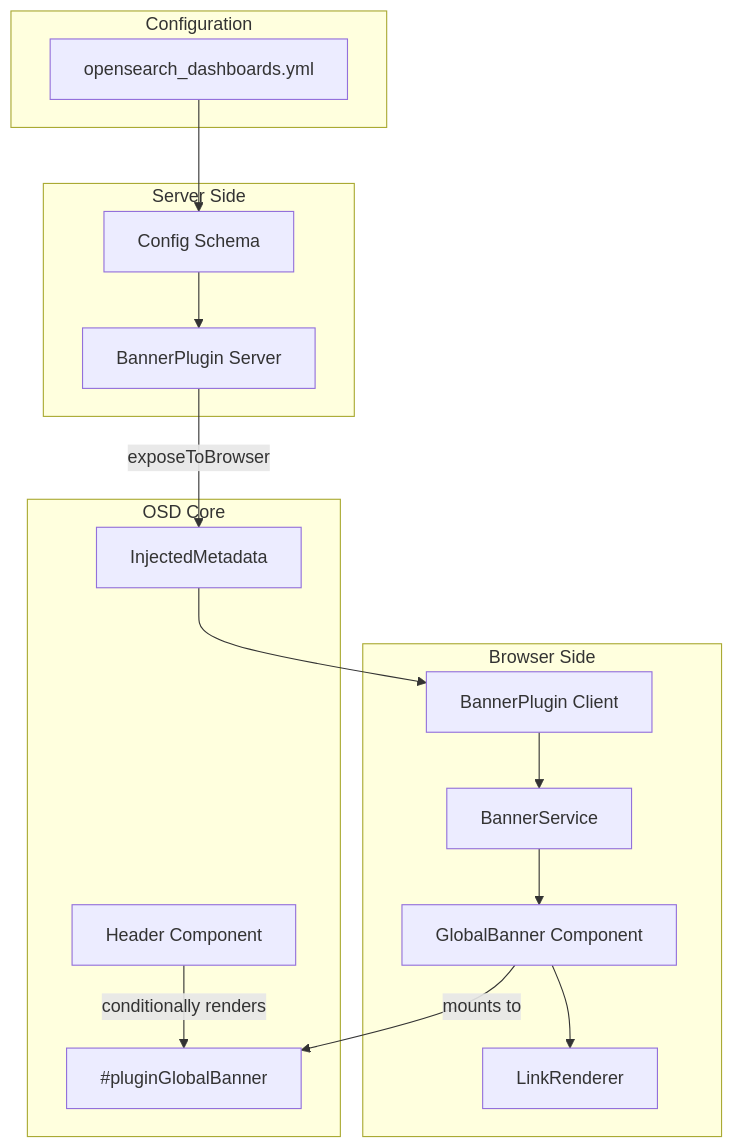
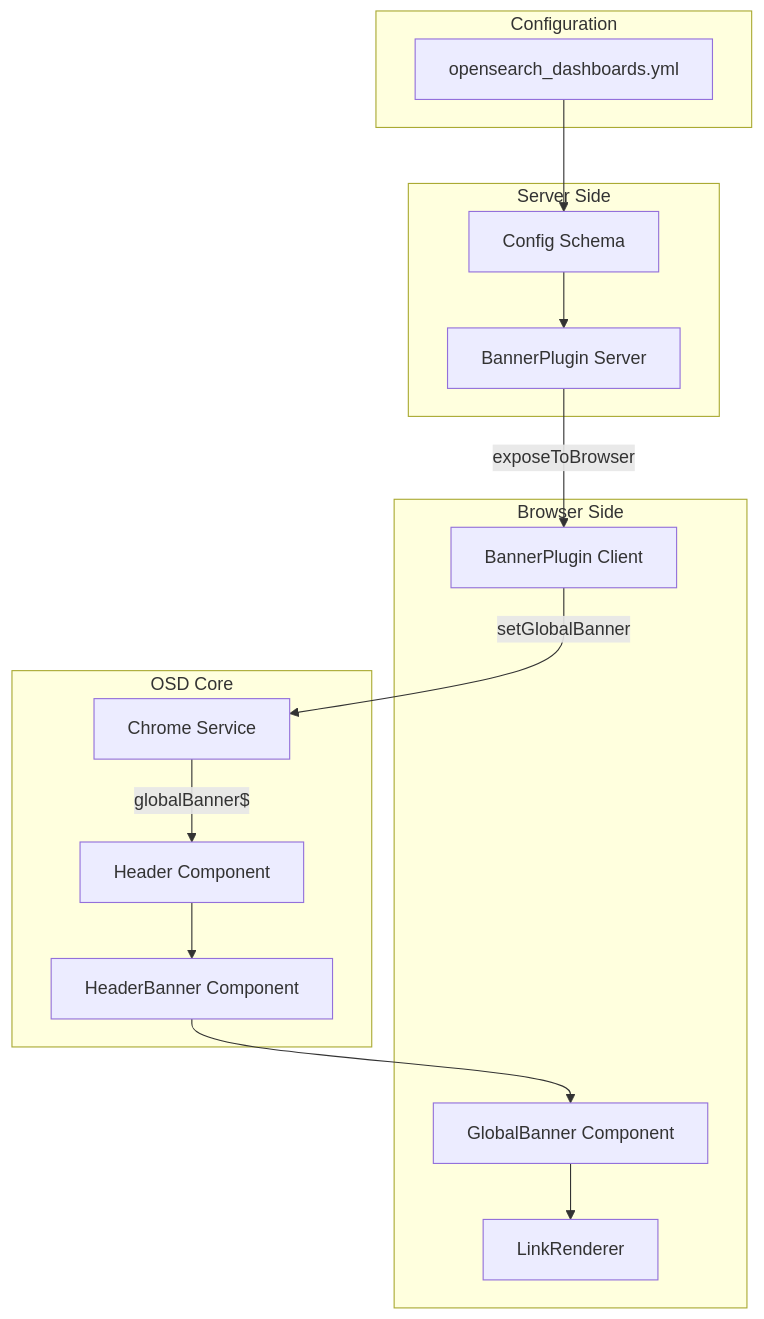
Before and after one commit to tkykenmt/opensearch-feature-explorer: the first of 2 diagrams in docs/features/opensearch-dashboards/banner-plugin.md, drawn with Mermaid. The commit also changed other lines of this file and 2 other files, not shown here.

Commit message:
docs: add OpenSearch Dashboards Banner Extensibility report for v3.3.0 (#1464)

````diff
--- a/docs/features/opensearch-dashboards/banner-plugin.md
+++ b/docs/features/opensearch-dashboards/banner-plugin.md
@@ -11,34 +11,32 @@
 ```mermaid
 graph TB
     subgraph Configuration
         YML[opensearch_dashboards.yml]
     end
     
     subgraph Server["Server Side"]
         ServerPlugin[BannerPlugin Server]
         ConfigSchema[Config Schema]
     end
     
     subgraph Browser["Browser Side"]
         ClientPlugin[BannerPlugin Client]
-        BannerService[BannerService]
         GlobalBanner[GlobalBanner Component]
         LinkRenderer[LinkRenderer]
     end
     
     subgraph Core["OSD Core"]
+        ChromeService[Chrome Service]
         Header[Header Component]
-        BannerContainer["#pluginGlobalBanner"]
-        InjectedMetadata[InjectedMetadata]
+        HeaderBanner[HeaderBanner Component]
     end
     
     YML --> ConfigSchema
     ConfigSchema --> ServerPlugin
-    ServerPlugin -->|exposeToBrowser| InjectedMetadata
-    InjectedMetadata --> ClientPlugin
-    ClientPlugin --> BannerService
-    BannerService --> GlobalBanner
+    ServerPlugin -->|exposeToBrowser| ClientPlugin
+    ClientPlugin -->|setGlobalBanner| ChromeService
+    ChromeService -->|globalBanner$| Header
+    Header --> HeaderBanner
+    HeaderBanner --> GlobalBanner
     GlobalBanner --> LinkRenderer
-    Header -->|conditionally renders| BannerContainer
-    GlobalBanner -->|mounts to| BannerContainer
 ```
````
